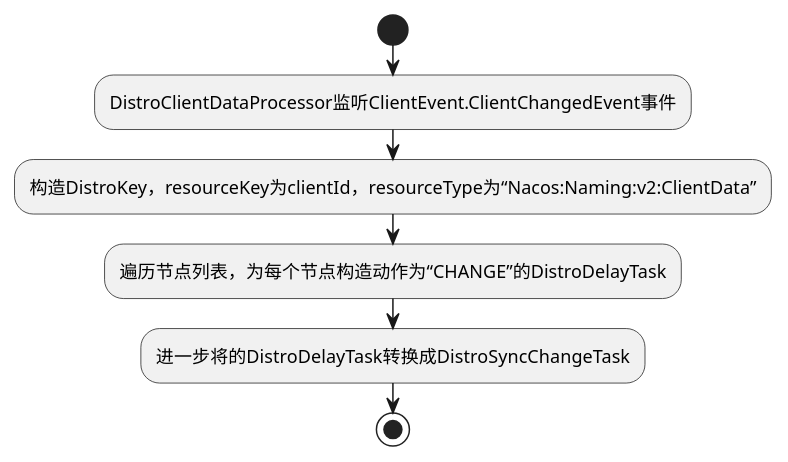
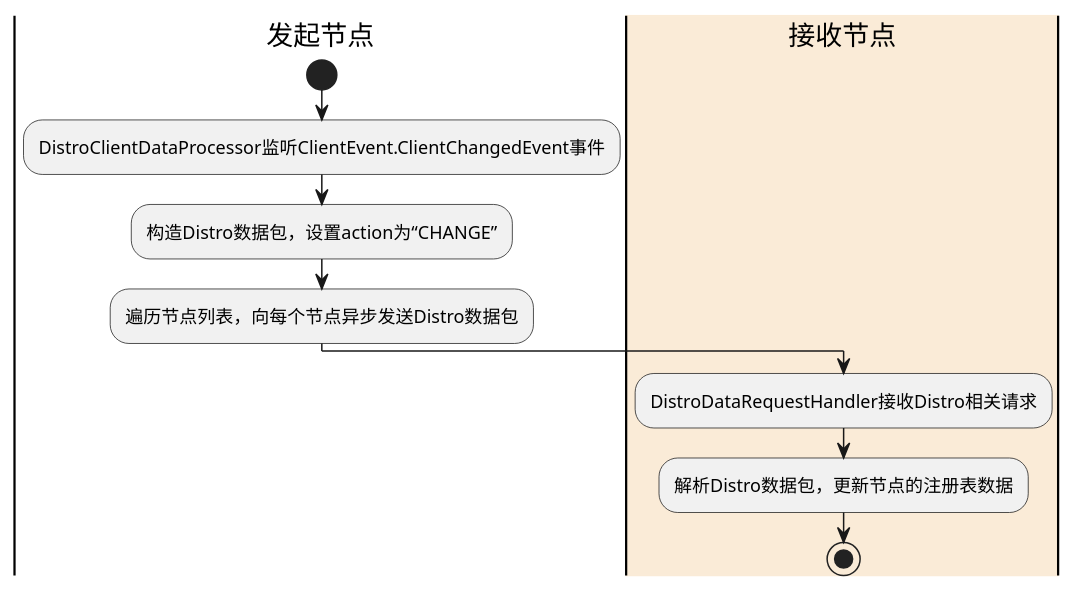
Before and after one commit to olrk/nacos: the diagram in aout/server_sync_after_register.puml, drawn with PlantUML.

Commit message:
read source

```diff
--- a/aout/server_sync_after_register.puml
+++ b/aout/server_sync_after_register.puml
@@ -1,14 +1,18 @@
 @startuml
 'https://plantuml.com/activity-diagram-beta
 
+|发起节点|
 start
 :DistroClientDataProcessor监听ClientEvent.ClientChangedEvent事件;
-:构造DistroKey，resourceKey为clientId，resourceType为“Nacos:Naming:v2:ClientData”;
-:遍历节点列表，为每个节点构造动作为“CHANGE”的DistroDelayTask;
-:进一步将的DistroDelayTask转换成DistroSyncChangeTask;
+:构造Distro数据包，设置action为“CHANGE”;
+:遍历节点列表，向每个节点异步发送Distro数据包;
+|发起节点|
 
-
+|#AntiqueWhite|接收节点|
+:DistroDataRequestHandler接收Distro相关请求;
+:解析Distro数据包，更新节点的注册表数据;
+|接收节点|
 
 stop
 
 @enduml
```
